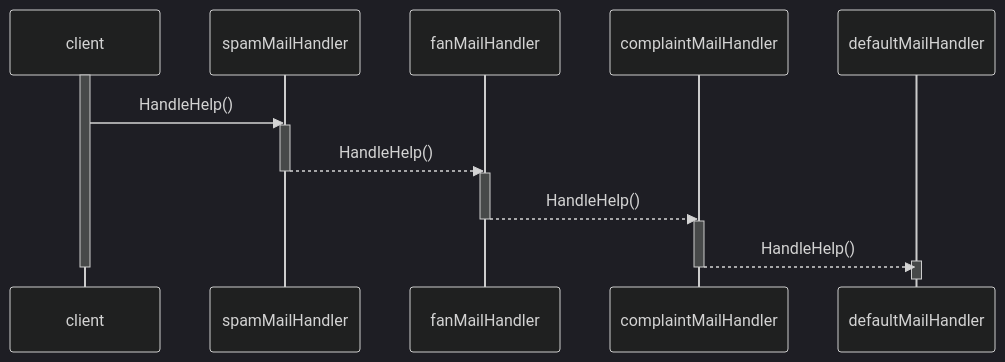
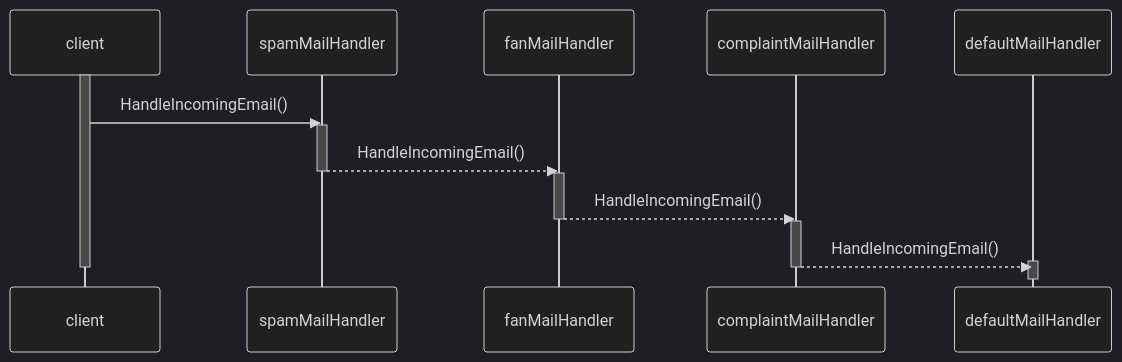
One commit to kaiosilveira/design-patterns changed the second of 2 diagrams in chain-of-responsibility/MightyGumballMailing/README.md. Above: the diagram before and after it, drawn with Mermaid (dark theme). The commit also changed other lines of this file, not shown here.

````diff
--- a/chain-of-responsibility/MightyGumballMailing/README.md
+++ b/chain-of-responsibility/MightyGumballMailing/README.md
@@ -31,23 +41,23 @@
 ```mermaid
 sequenceDiagram
     participant client
     participant spamMailHandler
     participant fanMailHandler
     participant complaintMailHandler
     participant defaultMailHandler
     activate client
 
-    client->>spamMailHandler: HandleHelp()
+    client->>spamMailHandler: HandleIncomingEmail()
     activate spamMailHandler
-    spamMailHandler-->>fanMailHandler: HandleHelp()
+    spamMailHandler-->>fanMailHandler: HandleIncomingEmail()
     deactivate spamMailHandler
     activate fanMailHandler
-    fanMailHandler-->>complaintMailHandler: HandleHelp()
+    fanMailHandler-->>complaintMailHandler: HandleIncomingEmail()
     deactivate fanMailHandler
     activate complaintMailHandler
-    complaintMailHandler-->>defaultMailHandler: HandleHelp()
+    complaintMailHandler-->>defaultMailHandler: HandleIncomingEmail()
     deactivate complaintMailHandler
     activate defaultMailHandler
     deactivate defaultMailHandler
     deactivate client
 ```
````
